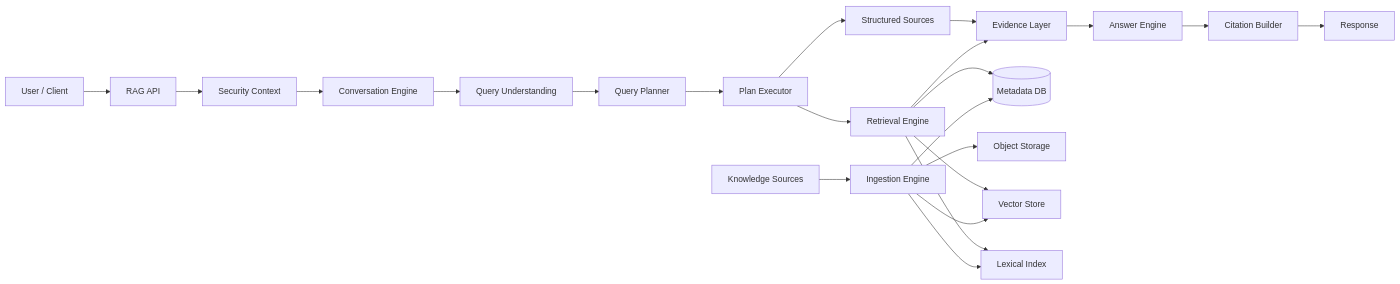
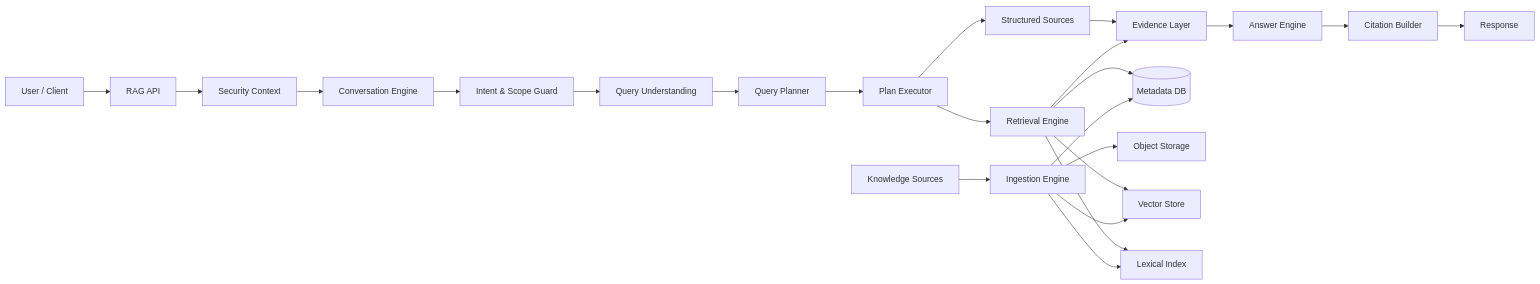
One commit to QVux13/Raglyra changed the diagram in docs/00-tong-quan/kien-truc-tong-the.md. Above: the diagram before and after it, drawn with Mermaid. The commit also changed other lines of this file, not shown here.

Commit message:
docs: add intent and scope guard to system architecture

```diff
--- a/docs/00-tong-quan/kien-truc-tong-the.md
+++ b/docs/00-tong-quan/kien-truc-tong-the.md
@@ -71,25 +71,26 @@
 ~~~mermaid
 flowchart LR
     U[User / Client] --> API[RAG API]
     API --> SEC[Security Context]
     SEC --> CONV[Conversation Engine]
-    CONV --> QU[Query Understanding]
+    CONV --> SCOPE[Intent & Scope Guard]
+    SCOPE --> QU[Query Understanding]
     QU --> PLAN[Query Planner]
     PLAN --> EXEC[Plan Executor]
     EXEC --> STRUCT[Structured Sources]
     EXEC --> RET[Retrieval Engine]
     RET --> EV[Evidence Layer]
     STRUCT --> EV
     EV --> ANS[Answer Engine]
     ANS --> CIT[Citation Builder]
     CIT --> OUT[Response]
 
     SRC[Knowledge Sources] --> ING[Ingestion Engine]
     ING --> META[(Metadata DB)]
     ING --> OBJ[Object Storage]
     ING --> VEC[Vector Store]
     ING --> LEX[Lexical Index]
     RET --> VEC
     RET --> LEX
     RET --> META
 ~~~
```
